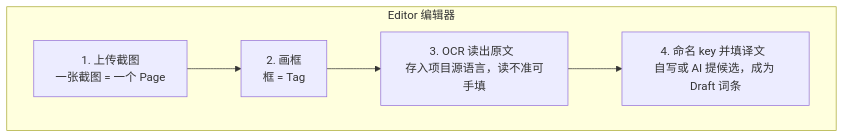
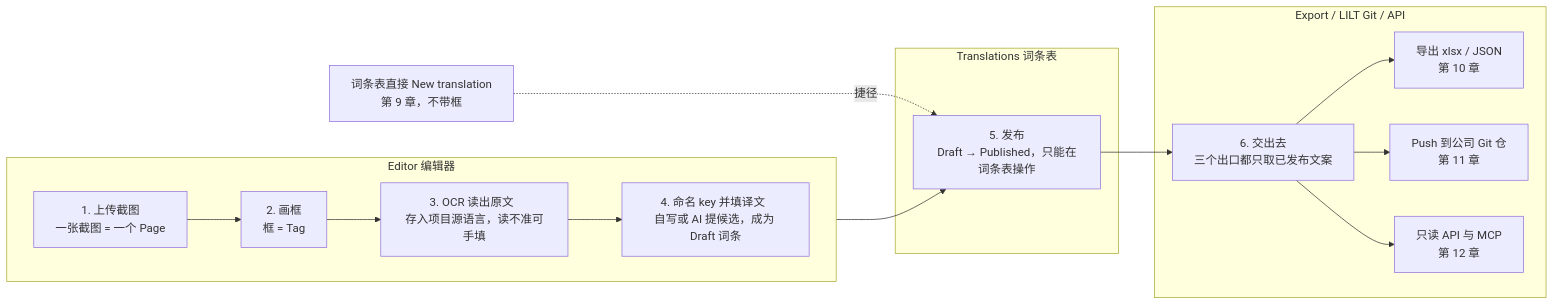
Before and after one commit to Hwacc/localness: the first of 2 diagrams in docs/run-book/02-what-is-localness.md, drawn with Mermaid.

Commit message:
docs: refine Localness documentation by removing outdated flowchart and enhancing clarity
This commit removes an outdated flowchart from the Localness documentation and adds spacing for improved readability. The updates aim to streamline the content and enhance user understanding of the processes involved in managing translations.

````diff
--- a/docs/run-book/02-what-is-localness.md
+++ b/docs/run-book/02-what-is-localness.md
@@ -36,16 +36,33 @@
 ```mermaid
 flowchart LR
     subgraph ED["Editor 编辑器"]
         direction LR
         S1["1. 上传截图  
 一张截图 = 一个 Page"]
         S2["2. 画框  
 框 = Tag"]
         S3["3. OCR 读出原文  
 存入项目源语言，读不准可手填"]
         S4["4. 命名 key 并填译文  
 自写或 AI 提候选，成为 Draft 词条"]
         S1 --> S2 --> S3 --> S4
     end
 
+subgraph TR["Translations 词条表"]
+    S5["5. 发布<br/>Draft → Published，只能在词条表操作"]
+end
+
+subgraph OUT["Export / LILT Git / API"]
+    S6["6. 交出去<br/>三个出口都只取已发布文案"]
+    D1["导出 xlsx / JSON<br/>第 10 章"]
+    D2["Push 到公司 Git 仓<br/>第 11 章"]
+    D3["只读 API 与 MCP<br/>第 12 章"]
+    S6 --> D1
+    S6 --> D2
+    S6 --> D3
+end
+
+S4 --> S5
+S5 --> S6
+NT["词条表直接 New translation<br/>第 9 章，不带框"] -.->|捷径| S5
 ```
````
